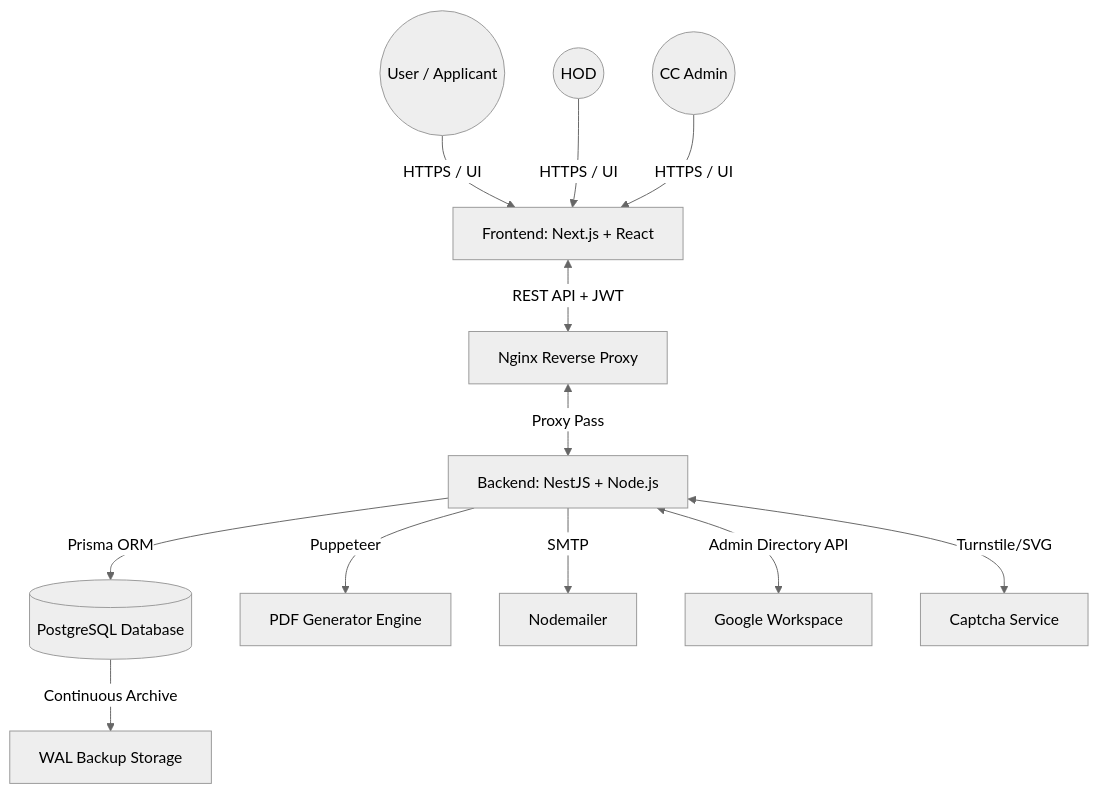
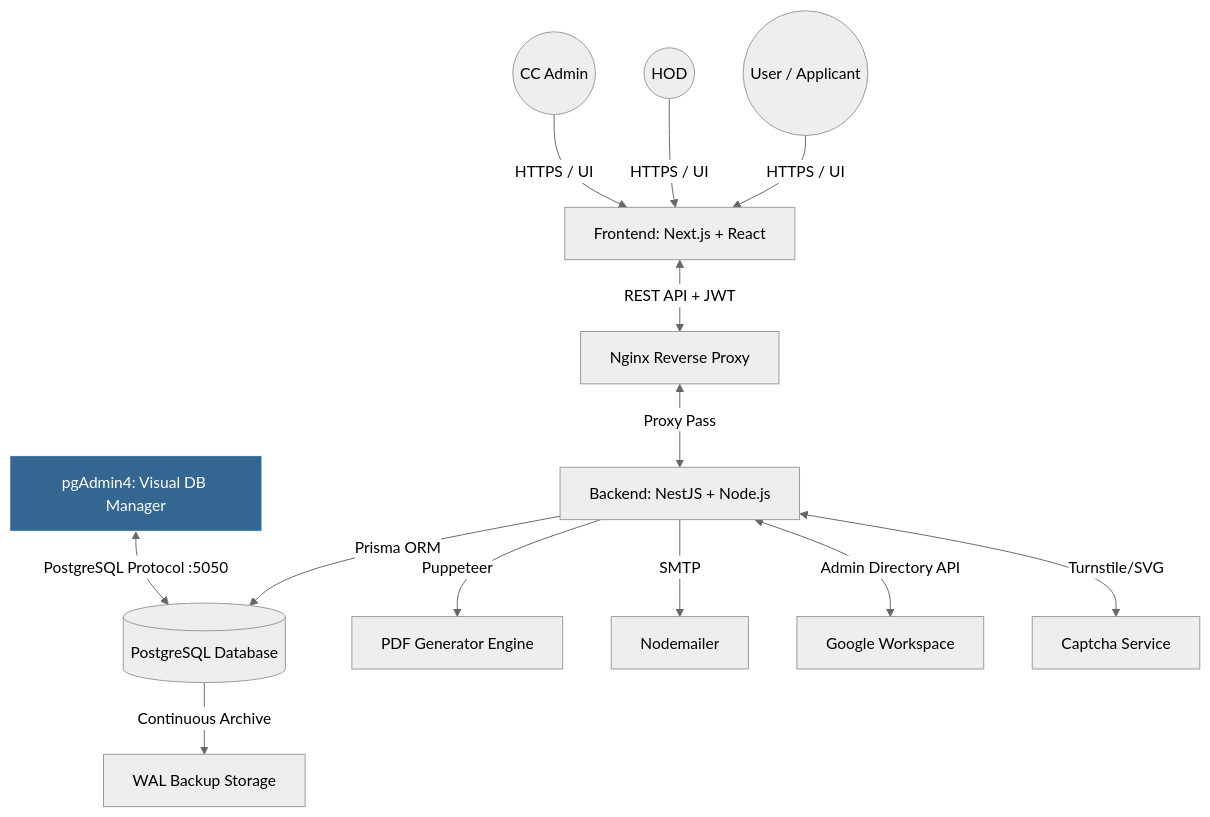
One commit to Om-pandey-developer/BHU-INTERNSHIP-PROJECT changed the diagram in documents/walkthrough.md. Above: the diagram before and after it, drawn with Mermaid (neutral theme). The commit also changed other lines of this file and 3 other files, not shown here.

Commit message:
feat: add pgAdmin4 visual DB manager to docker-compose & update architecture docs

````diff
--- a/documents/walkthrough.md
+++ b/documents/walkthrough.md
@@ -10,17 +10,20 @@
 ```mermaid
 graph TD
     User((User / Applicant)) -->|HTTPS / UI| Frontend
     HOD((HOD)) -->|HTTPS / UI| Frontend
     Admin((CC Admin)) -->|HTTPS / UI| Frontend
     
-    Frontend[Frontend: Next.js + React] <-->|REST API + JWT| Nginx
+    Frontend["Frontend: Next.js + React"] <-->|REST API + JWT| Nginx
     Nginx[Nginx Reverse Proxy] <-->|Proxy Pass| Backend
     
-    Backend[Backend: NestJS + Node.js] -->|Prisma ORM| DB[(PostgreSQL Database)]
+    Backend["Backend: NestJS + Node.js"] -->|Prisma ORM| DB[(PostgreSQL Database)]
     Backend -->|Puppeteer| PDFGen[PDF Generator Engine]
     Backend -->|SMTP| Email[Nodemailer]
     Backend <-->|Admin Directory API| Google[Google Workspace]
     Backend <-->|Turnstile/SVG| Captcha[Captcha Service]
     
+    pgAdmin["pgAdmin4: Visual DB Manager"] <-->|PostgreSQL Protocol :5050| DB
     DB -->|Continuous Archive| WAL[WAL Backup Storage]
+
+    style pgAdmin fill:#336791,stroke:#fff,color:#fff
 ```
````
